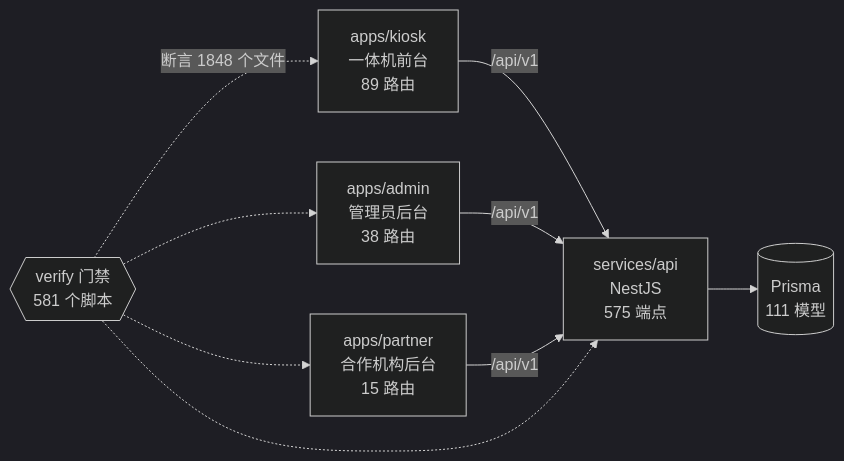
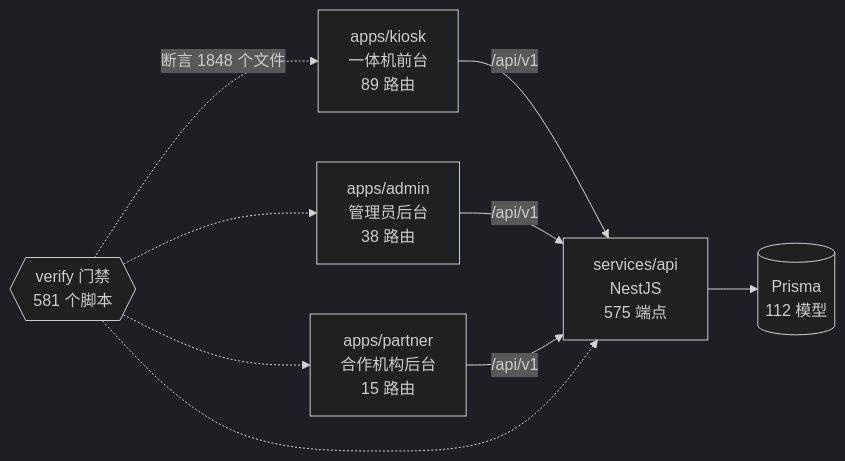
One commit to wanglei581/YITIJI changed the diagram in docs/graph/README.md. Above: the diagram before and after it, drawn with Mermaid (dark theme). The commit also changed other lines of this file and 24 other files, not shown here.

````diff
--- a/docs/graph/README.md
+++ b/docs/graph/README.md
@@ -68,18 +68,18 @@
 ```mermaid
 flowchart LR
   kiosk["apps/kiosk<br/>一体机前台<br/>89 路由"]
   admin["apps/admin<br/>管理员后台<br/>38 路由"]
   partner["apps/partner<br/>合作机构后台<br/>15 路由"]
   api["services/api<br/>NestJS<br/>575 端点"]
-  db[("Prisma<br/>111 模型")]
+  db[("Prisma<br/>112 模型")]
   gates{{"verify 门禁<br/>581 个脚本"}}
 
   kiosk -->|"/api/v1"| api
   admin -->|"/api/v1"| api
   partner -->|"/api/v1"| api
   api --> db
   gates -.->|"断言 1848 个文件"| kiosk
   gates -.-> admin
   gates -.-> partner
   gates -.-> api
 ```
````
